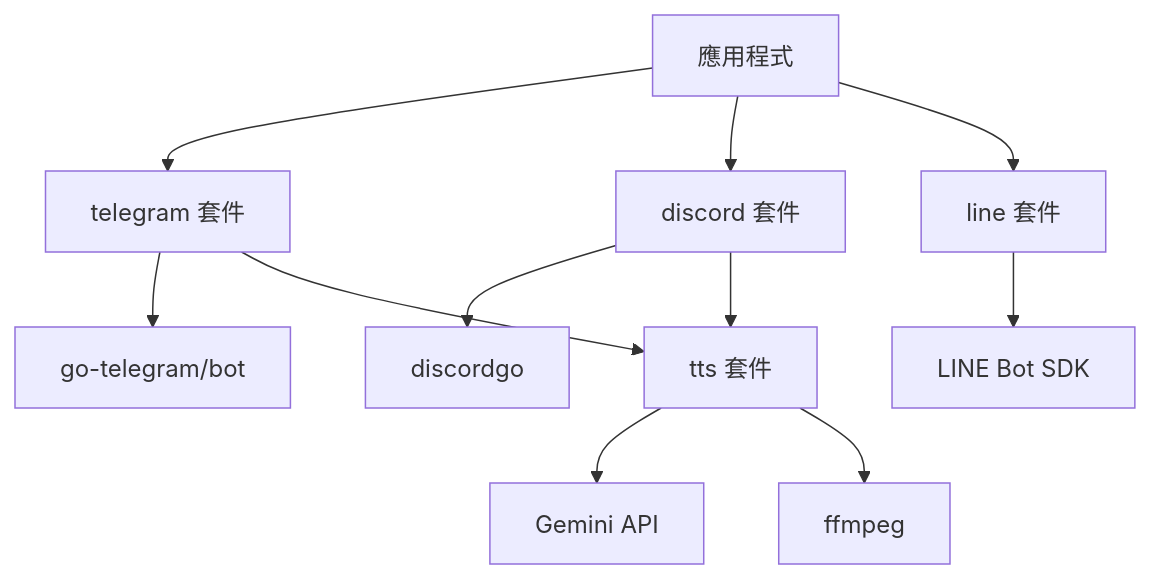
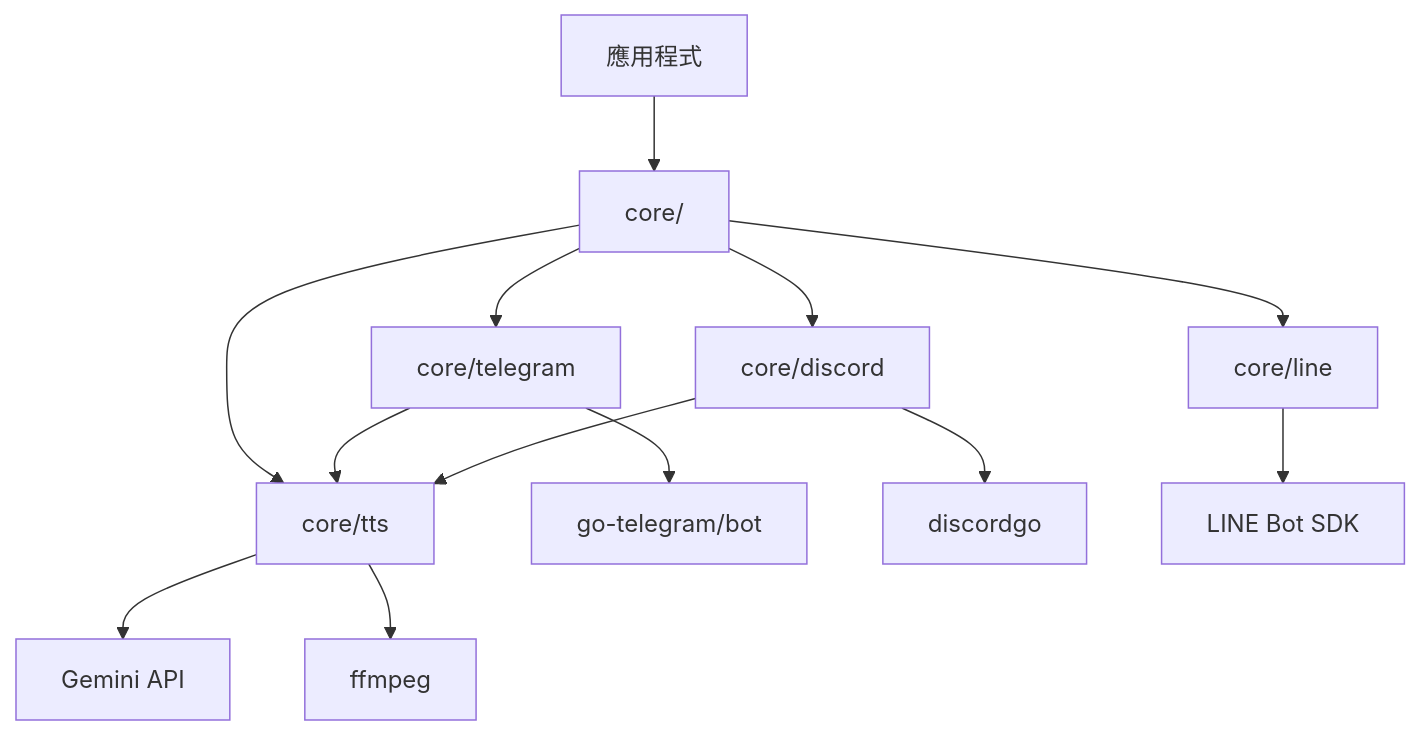
The first of 7 diagrams in doc/architecture.zh.md (pardnchiu/go-bot), drawn with Mermaid before and after one commit. The commit also changed other lines of this file and 32 other files, not shown here.

````diff
--- a/doc/architecture.zh.md
+++ b/doc/architecture.zh.md
@@ -7,13 +9,15 @@
 ```mermaid
 graph TB
-    Client[應用程式] --> Telegram[telegram 套件]
-    Client --> Discord[discord 套件]
-    Client --> Line[line 套件]
+    Client[應用程式] --> Core[core/]
+    Core --> Telegram[core/telegram]
+    Core --> Discord[core/discord]
+    Core --> Line[core/line]
+    Core --> TTS[core/tts]
     Telegram --> TGSDK[go-telegram/bot]
     Discord --> DGSDK[discordgo]
     Line --> LNSDK[LINE Bot SDK]
-    Telegram --> TTS[tts 套件]
+    Telegram --> TTS
     Discord --> TTS
     TTS --> Gemini[Gemini API]
     TTS --> FFmpeg[ffmpeg]
 ```
````
